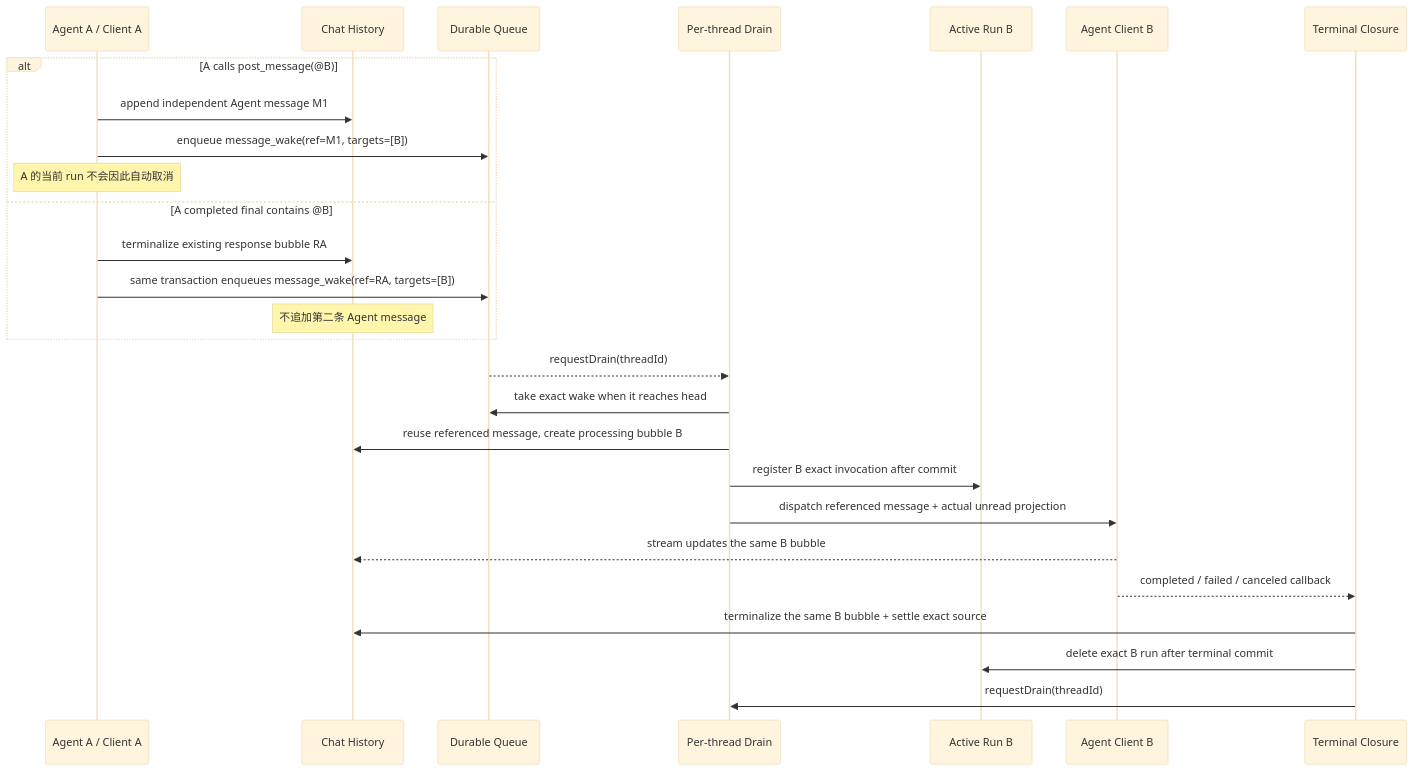
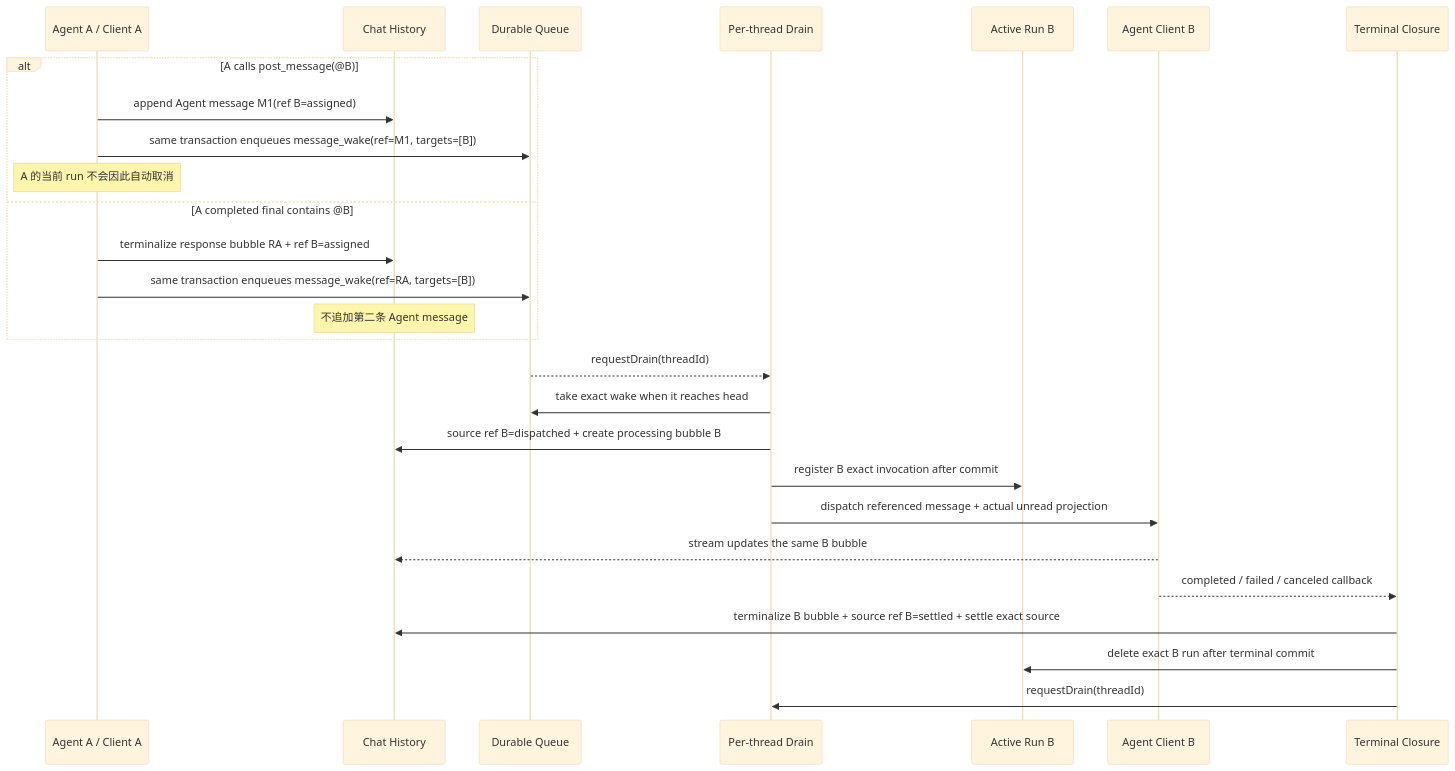
One commit to zts212653/clowder-ai changed the second of 8 diagrams in docs/architecture/message-delivery-handling-handoff-audit.md. Above: the diagram before and after it, drawn with Mermaid (base theme). The commit also changed other lines of this file, not shown here.

````diff
--- a/docs/architecture/message-delivery-handling-handoff-audit.md
+++ b/docs/architecture/message-delivery-handling-handoff-audit.md
@@ -122,30 +124,30 @@
 ```mermaid
 sequenceDiagram
     participant A as Agent A / Client A
     participant H as Chat History
     participant Q as Durable Queue
     participant D as Per-thread Drain
     participant R as Active Run B
     participant B as Agent Client B
     participant T as Terminal Closure
 
     alt A calls post_message(@B)
-        A->>H: append independent Agent message M1
-        A->>Q: enqueue message_wake(ref=M1, targets=[B])
+        A->>H: append Agent message M1(ref B=assigned)
+        A->>Q: same transaction enqueues message_wake(ref=M1, targets=[B])
         Note over A: A 的当前 run 不会因此自动取消
     else A completed final contains @B
-        A->>H: terminalize existing response bubble RA
+        A->>H: terminalize response bubble RA + ref B=assigned
         A->>Q: same transaction enqueues message_wake(ref=RA, targets=[B])
         Note over H: 不追加第二条 Agent message
     end
     Q-->>D: requestDrain(threadId)
     D->>Q: take exact wake when it reaches head
-    D->>H: reuse referenced message, create processing bubble B
+    D->>H: source ref B=dispatched + create processing bubble B
     D->>R: register B exact invocation after commit
     D->>B: dispatch referenced message + actual unread projection
     B-->>H: stream updates the same B bubble
     B-->>T: completed / failed / canceled callback
-    T->>H: terminalize the same B bubble + settle exact source
+    T->>H: terminalize B bubble + source ref B=settled + settle exact source
     T->>R: delete exact B run after terminal commit
     T->>D: requestDrain(threadId)
 ```
````
